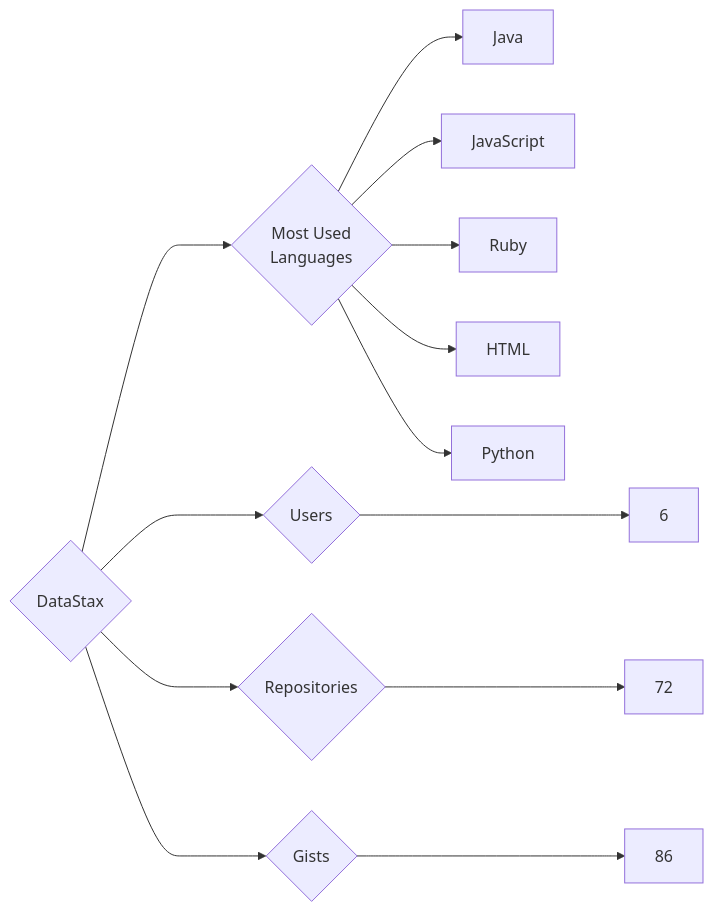
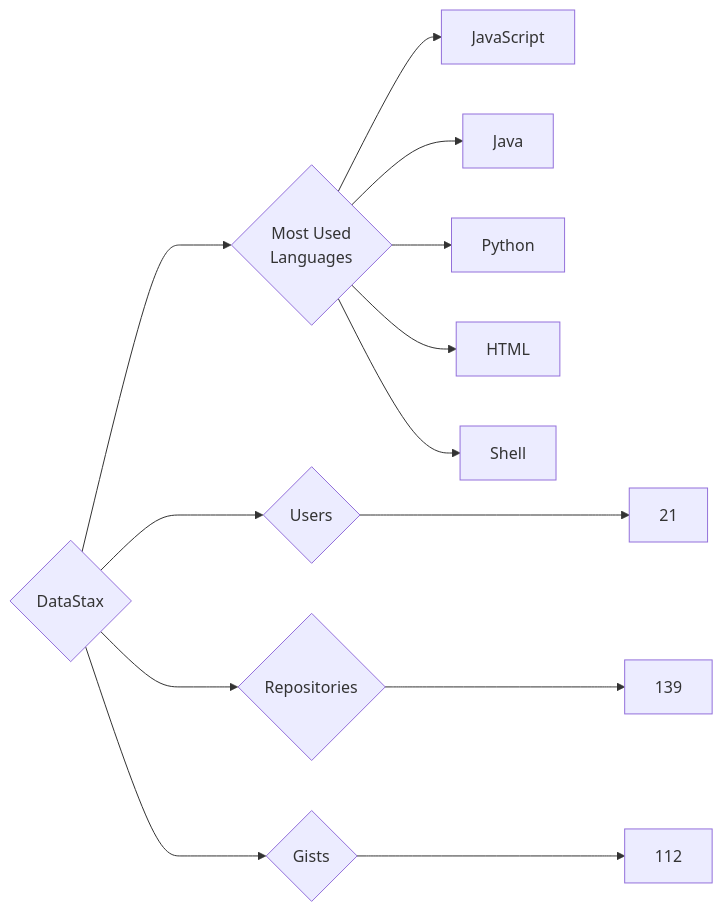
One commit to trickest/insiders changed the diagram in targets/DataStax/README.md. Above: the diagram before and after it, drawn with Mermaid. The commit also changed 872 other files, not shown here.

````diff
--- a/targets/DataStax/README.md
+++ b/targets/DataStax/README.md
@@ -3,13 +3,13 @@
 ```mermaid
 graph LR
 COMPANY_NAME{DataStax}
-COMPANY_NAME ---> U{Users} ---> UN[6]
-COMPANY_NAME ---> R{Repositories} ---> RN[72]
-COMPANY_NAME ---> G{Gists} ---> GN[86]
+COMPANY_NAME ---> U{Users} ---> UN[21]
+COMPANY_NAME ---> R{Repositories} ---> RN[139]
+COMPANY_NAME ---> G{Gists} ---> GN[112]
 COMPANY_NAME ---> ML{Most Used<br>Languages}
+ML --> JavaScript[JavaScript]
 ML --> Java[Java]
-ML --> JavaScript[JavaScript]
-ML --> Ruby[Ruby]
+ML --> Python[Python]
 ML --> HTML[HTML]
-ML --> Python[Python]
+ML --> Shell[Shell]
 ```
````
